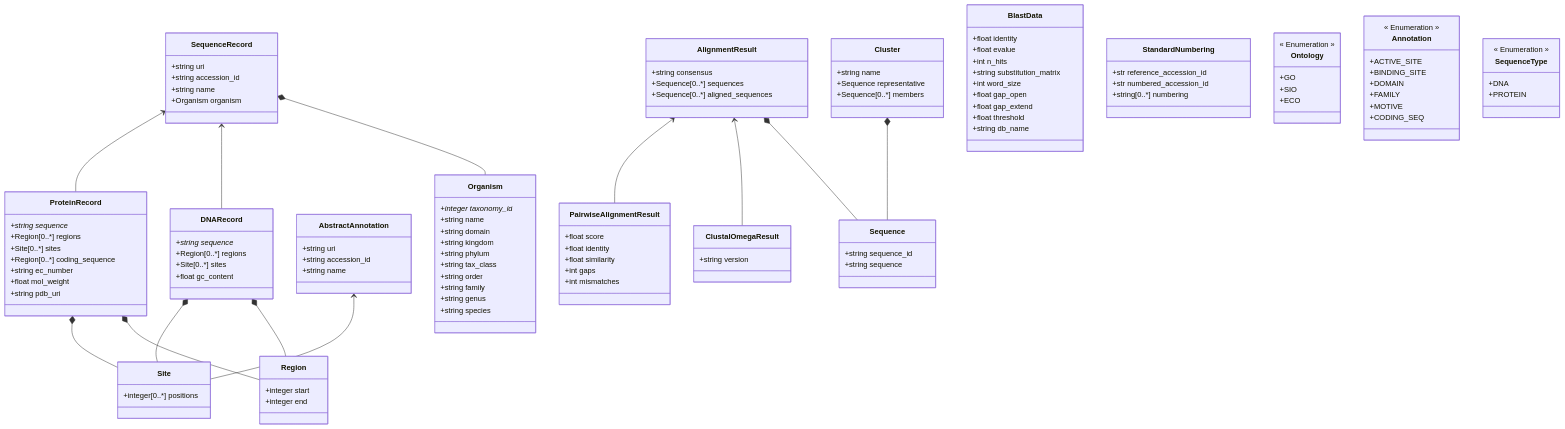
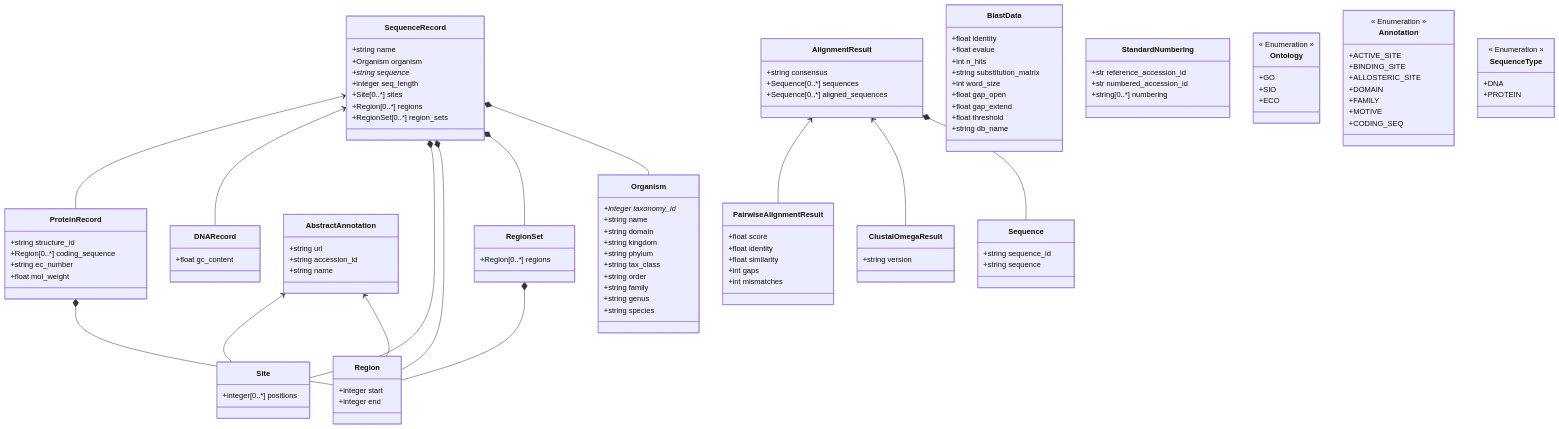
Before and after one commit to PyEED/pyeed: the diagram in pyeed/schemes/pyeed_schema.md, drawn with Mermaid. The commit also changed 24 other files, not shown here.

```diff
--- a/pyeed/schemes/pyeed_schema.md
+++ b/pyeed/schemes/pyeed_schema.md
@@ -3,42 +3,40 @@
     SequenceRecord <-- ProteinRecord
     SequenceRecord <-- DNARecord
     AbstractAnnotation <-- Site
+    AbstractAnnotation <-- Region
     AlignmentResult <-- PairwiseAlignmentResult
     AlignmentResult <-- ClustalOmegaResult
+    SequenceRecord *-- Site
+    SequenceRecord *-- Region
+    SequenceRecord *-- RegionSet
     SequenceRecord *-- Organism
-    ProteinRecord *-- Site
     ProteinRecord *-- Region
-    DNARecord *-- Site
-    DNARecord *-- Region
-    Cluster *-- Sequence
+    RegionSet *-- Region
     AlignmentResult *-- Sequence
     
     class SequenceRecord {
-        +string uri
-        +string accession_id
         +string name
         +Organism organism
+        +string sequence*
+        +integer seq_length
+        +Site[0..*] sites
+        +Region[0..*] regions
+        +RegionSet[0..*] region_sets
     }
     
     class ProteinRecord {
-        +string sequence*
-        +Region[0..*] regions
-        +Site[0..*] sites
+        +string structure_id
         +Region[0..*] coding_sequence
         +string ec_number
         +float mol_weight
-        +string pdb_uri
     }
     
     class DNARecord {
-        +string sequence*
-        +Region[0..*] regions
-        +Site[0..*] sites
         +float gc_content
     }
     
     class AbstractAnnotation {
-        +string uri
+        +string url
         +string accession_id
         +string name
     }
@@ -50,6 +48,10 @@
     class Region {
         +integer start
         +integer end
+    }
+    
+    class RegionSet {
+        +Region[0..*] regions
     }
     
     class Organism {
@@ -75,12 +77,6 @@
         +float gap_extend
         +float threshold
         +string db_name
-    }
-    
-    class Cluster {
-        +string name
-        +Sequence representative
-        +Sequence[0..*] members
     }
     
     class Sequence {
@@ -123,6 +119,7 @@
         << Enumeration >>
         +ACTIVE_SITE
         +BINDING_SITE
+        +ALLOSTERIC_SITE
         +DOMAIN
         +FAMILY
         +MOTIVE
```
